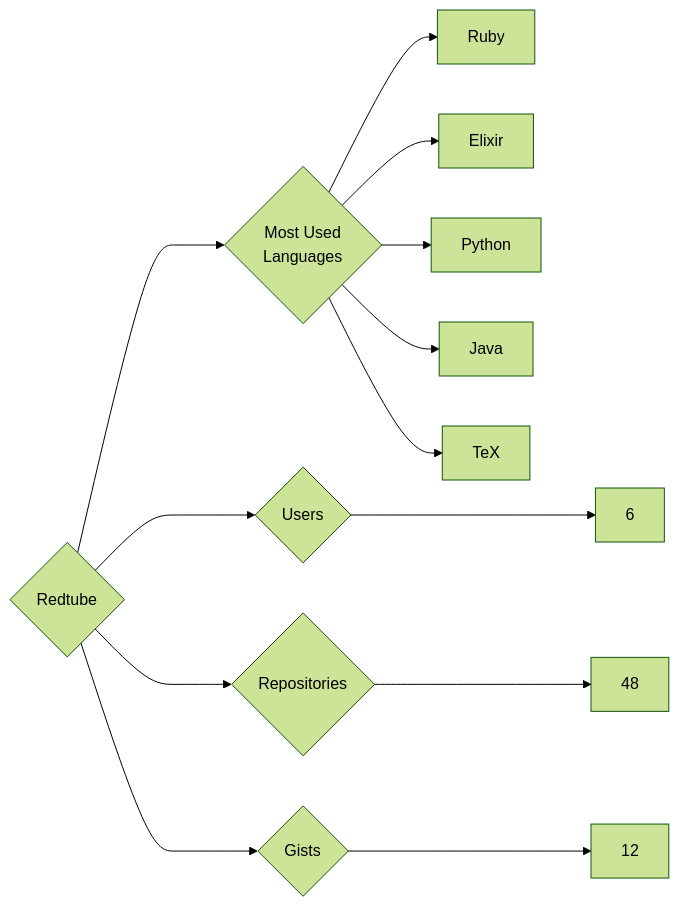
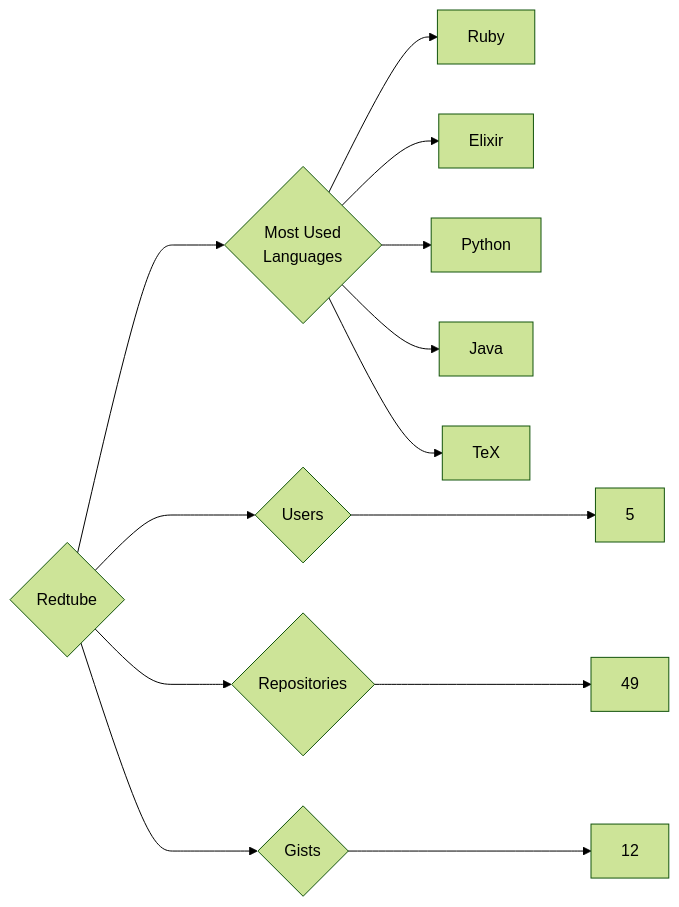
Before and after one commit to trickest/insiders: the diagram in targets/Redtube/README.md, drawn with Mermaid (forest theme). The commit also changed 877 other files, not shown here.

````diff
--- a/targets/Redtube/README.md
+++ b/targets/Redtube/README.md
@@ -3,13 +3,13 @@
 ```mermaid
 graph LR
 COMPANY_NAME{Redtube}
-COMPANY_NAME ---> U{Users} ---> UN[6]
-COMPANY_NAME ---> R{Repositories} ---> RN[48]
+COMPANY_NAME ---> U{Users} ---> UN[5]
+COMPANY_NAME ---> R{Repositories} ---> RN[49]
 COMPANY_NAME ---> G{Gists} ---> GN[12]
 COMPANY_NAME ---> ML{Most Used<br>Languages}
 ML --> Ruby[Ruby]
 ML --> Elixir[Elixir]
 ML --> Python[Python]
 ML --> Java[Java]
 ML --> TeX[TeX]
 ```
````
